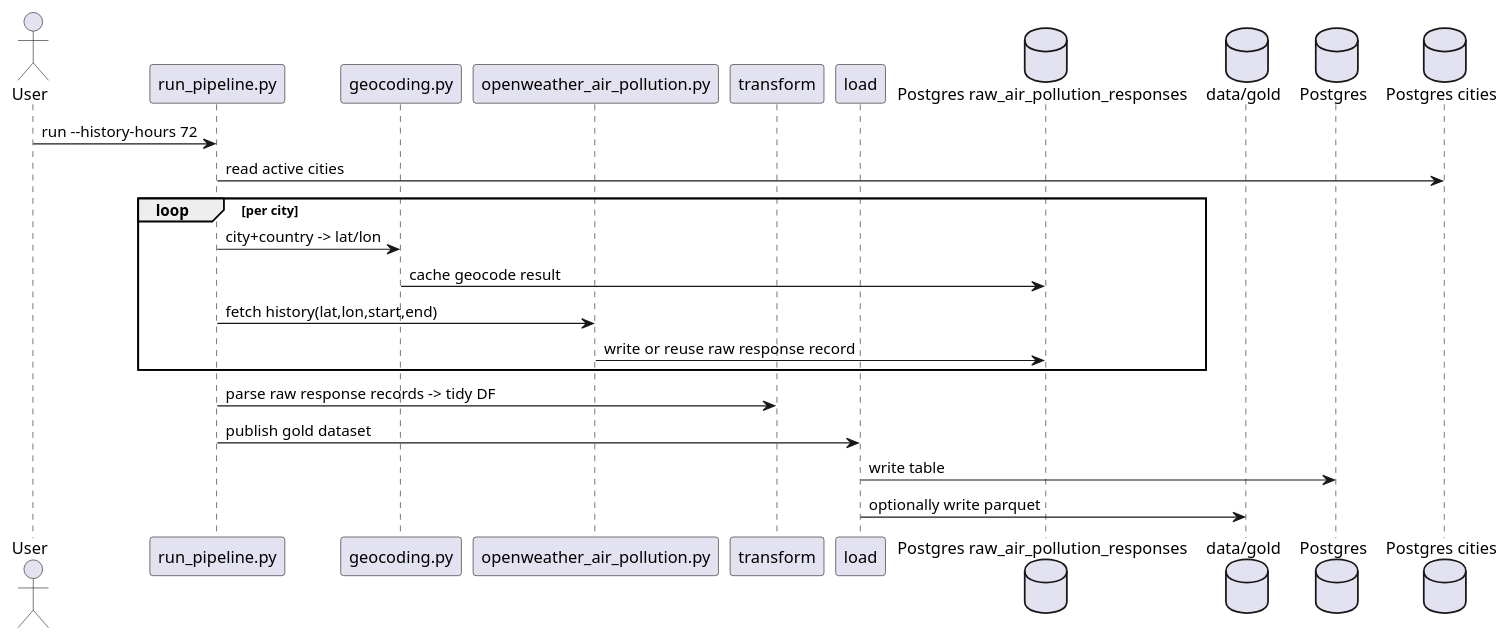
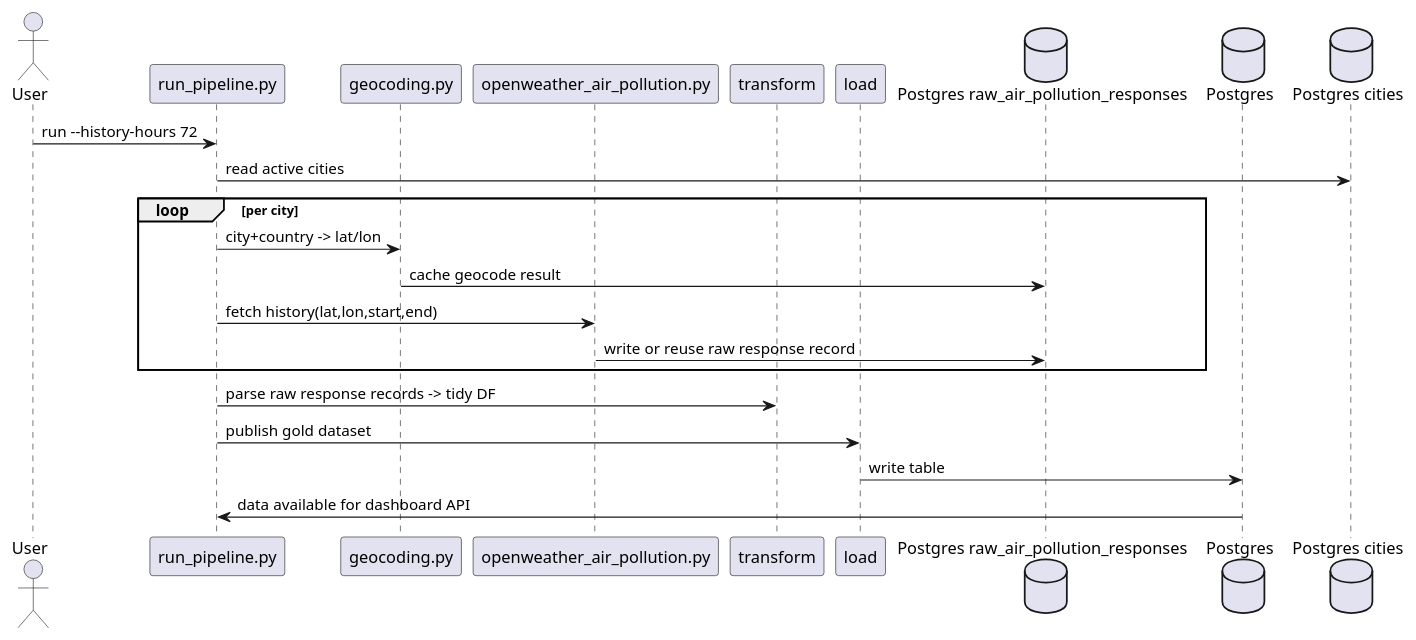
One commit to Code-the-Dream-School/practicum-city-air-tracker changed the second of 2 diagrams in docs/architecture/architecture.md. Above: the diagram before and after it, drawn with PlantUML. The commit also changed other lines of this file and 13 other files, not shown here.

Commit message:
AIR-007.2 Refactor React dashboard architecture

````diff
--- a/docs/architecture/architecture.md
+++ b/docs/architecture/architecture.md
@@ -38,27 +38,26 @@
 ```plantuml
 @startuml
 actor User
 participant "run_pipeline.py" as CLI
 participant "geocoding.py" as GEO
 participant "openweather_air_pollution.py" as EX
 participant "transform" as TR
 participant "load" as LD
 database "Postgres raw_air_pollution_responses" as RAW
-database "data/gold" as GOLD
 database "Postgres" as PG
 database "Postgres cities" as CITIES
 
 User -> CLI: run --history-hours 72
 CLI -> CITIES: read active cities
 loop per city
   CLI -> GEO: city+country -> lat/lon
   GEO -> RAW: cache geocode result
   CLI -> EX: fetch history(lat,lon,start,end)
   EX -> RAW: write or reuse raw response record
 end
 CLI -> TR: parse raw response records -> tidy DF
 CLI -> LD: publish gold dataset
 LD -> PG: write table
-LD -> GOLD: optionally write parquet
+PG -> CLI: data available for dashboard API
 @enduml
 ```
````
